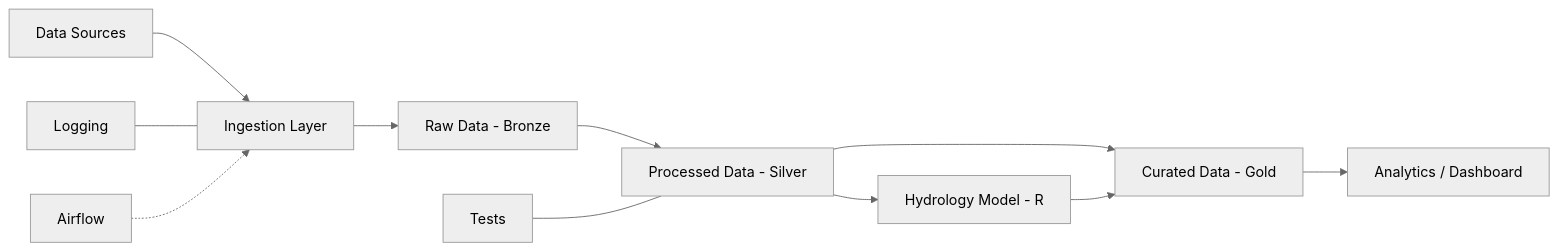
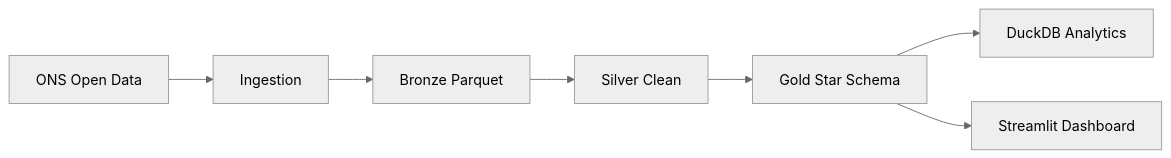
The diagram in Readme.md (alexlourencomattos/Energy-Data-Pipeline), drawn with Mermaid (neutral theme) before and after one commit. The commit also changed other lines of this file and 16 other files, not shown here.

````diff
--- a/Readme.md
+++ b/Readme.md
@@ -19,17 +15,9 @@
-``` mermaid
+```mermaid
 flowchart LR
-
-A[Data Sources] --> B[Ingestion Layer]
-B --> C[Raw Data - Bronze]
-C --> D[Processed Data - Silver]
-D --> E[Curated Data - Gold]
-E --> F[Analytics / Dashboard]
-
-D --> M[Hydrology Model - R]
-M --> E
-
-L[Logging] --- B
-T[Tests] --- D
-O[Airflow] -.-> B
-
+A[ONS Open Data] --> B[Ingestion]
+B --> C[Bronze Parquet]
+C --> D[Silver Clean]
+D --> E[Gold Star Schema]
+E --> F[DuckDB Analytics]
+E --> G[Streamlit Dashboard]
 ```
````
